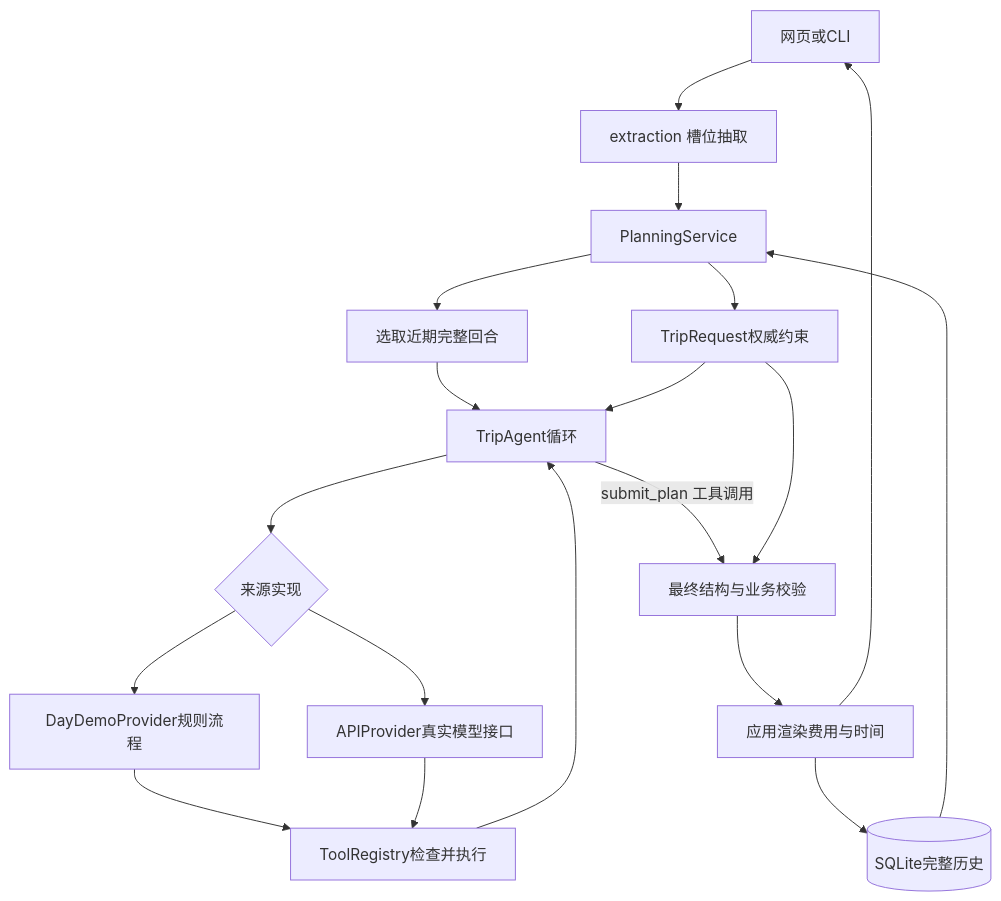
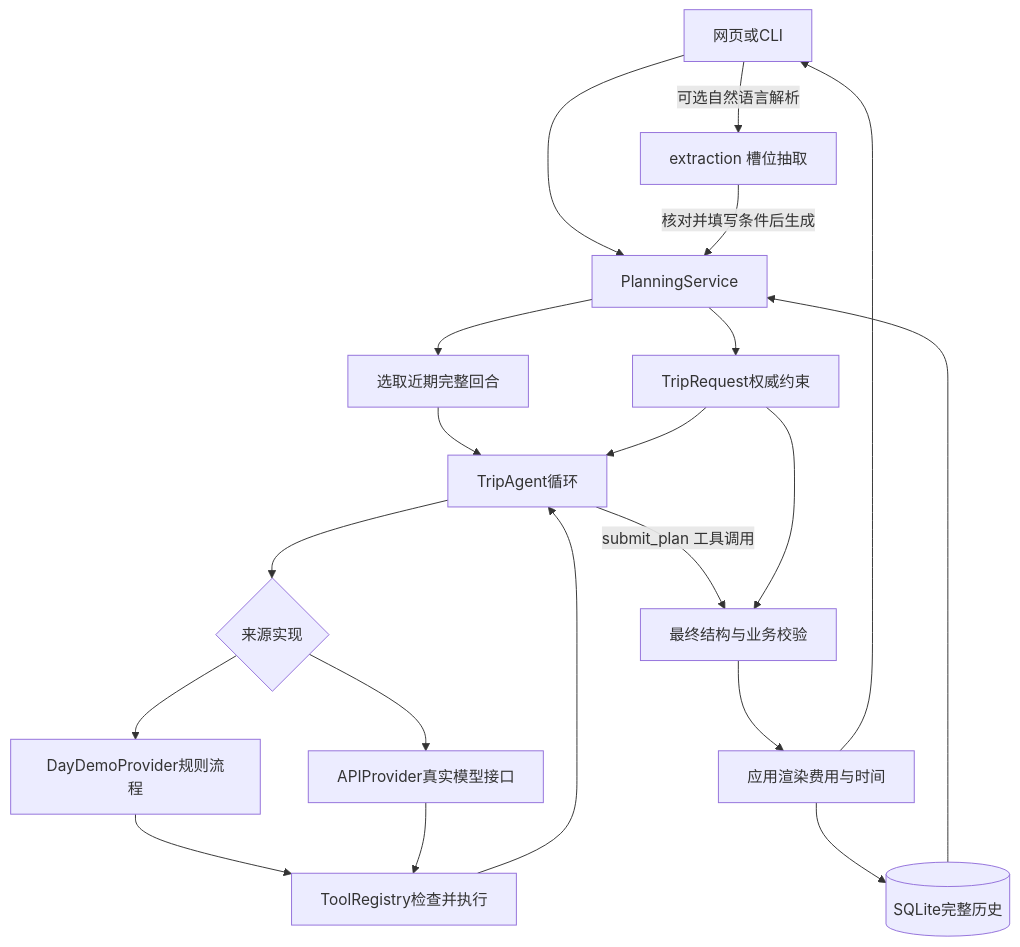
The diagram in docs/ARCHITECTURE.md (Forgottttt/weekend-agent), drawn with Mermaid before and after one commit. The commit also changed other lines of this file and 32 other files, not shown here.

````diff
--- a/docs/ARCHITECTURE.md
+++ b/docs/ARCHITECTURE.md
@@ -7,21 +7,22 @@
 ```mermaid
 flowchart TD
-    UI[网页或CLI] --> X[extraction 槽位抽取]
-    X --> S[PlanningService]
+    UI[网页或CLI] --> S[PlanningService]
+    UI -->|可选自然语言解析| X[extraction 槽位抽取]
+    X -->|核对并填写条件后生成| S
     DB[(SQLite完整历史)] --> S
     S --> R[TripRequest权威约束]
     S --> C[选取近期完整回合]
     C --> A[TripAgent循环]
     R --> A
     A --> P{来源实现}
     P --> D[DayDemoProvider规则流程]
     P --> L[APIProvider真实模型接口]
     D --> T[ToolRegistry检查并执行]
     L --> T
     T --> A
     A -->|submit_plan 工具调用| V[最终结构与业务校验]
     R --> V
     V --> O[应用渲染费用与时间]
     O --> DB
     O --> UI
 ```
````
